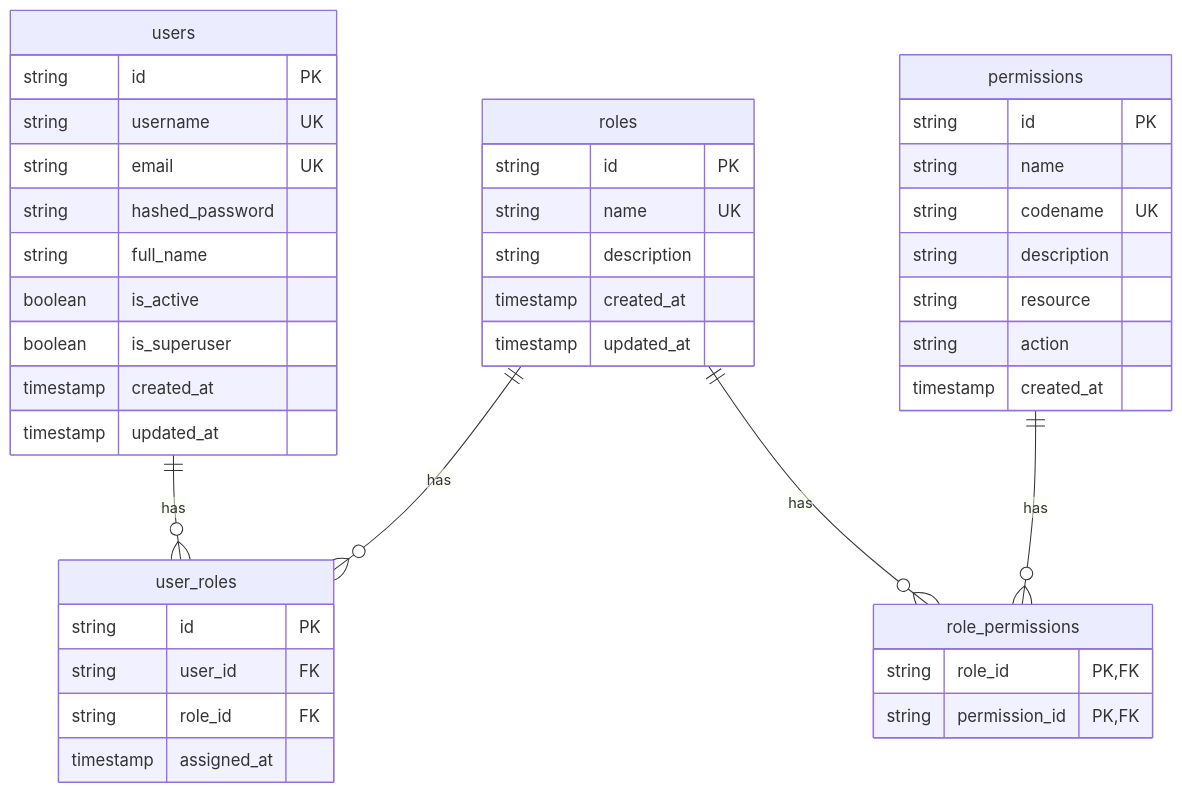
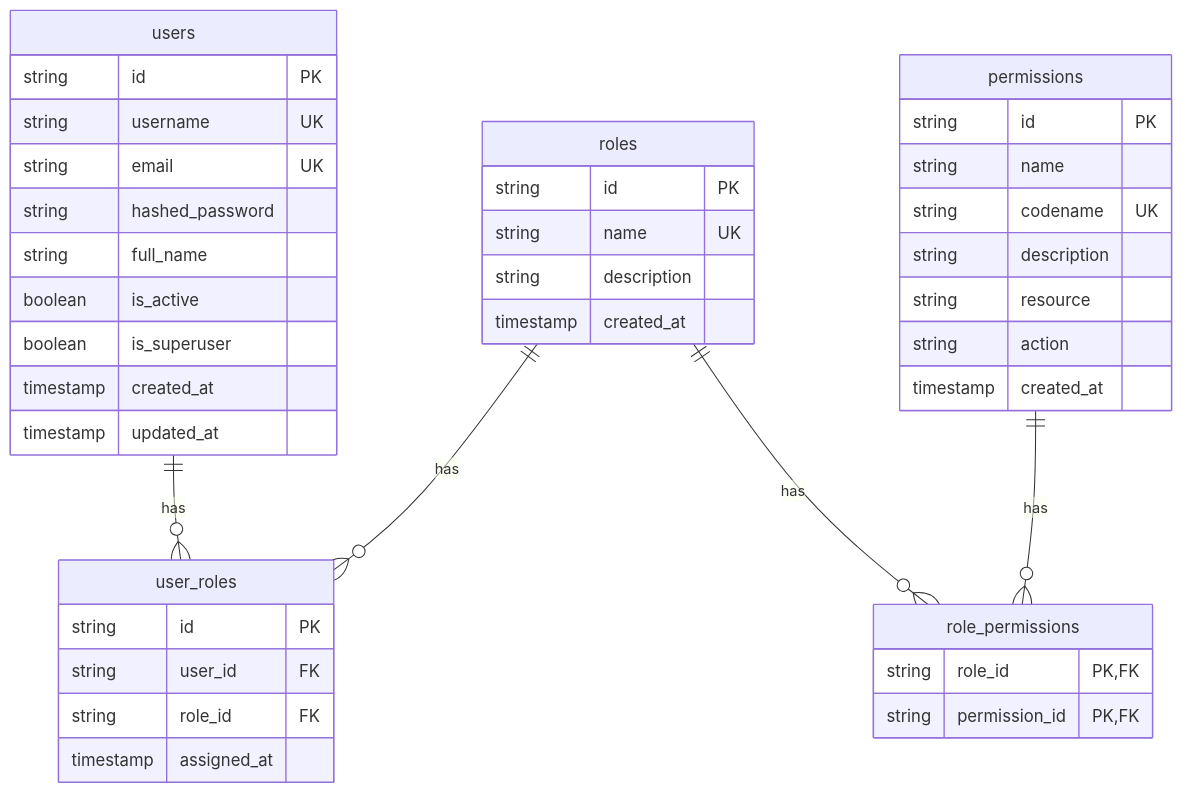
One commit to taoweidong/Hello-FastApi changed the seventh of 8 diagrams in .qoder/repowiki/zh/content/数据模型设计/RBAC实体模型.md. Above: the diagram before and after it, drawn with Mermaid. The commit also changed other lines of this file and 11 other files, not shown here.

````diff
--- a/.qoder/repowiki/zh/content/数据模型设计/RBAC实体模型.md
+++ b/.qoder/repowiki/zh/content/数据模型设计/RBAC实体模型.md
@@ -369,44 +367,43 @@
 ```mermaid
 erDiagram
 users {
 string id PK
 string username UK
 string email UK
 string hashed_password
 string full_name
 boolean is_active
 boolean is_superuser
 timestamp created_at
 timestamp updated_at
 }
 roles {
 string id PK
 string name UK
 string description
 timestamp created_at
-timestamp updated_at
 }
 permissions {
 string id PK
 string name
 string codename UK
 string description
 string resource
 string action
 timestamp created_at
 }
 user_roles {
 string id PK
 string user_id FK
 string role_id FK
 timestamp assigned_at
 }
 role_permissions {
 string role_id PK,FK
 string permission_id PK,FK
 }
 users ||--o{ user_roles : has
 roles ||--o{ user_roles : has
 roles ||--o{ role_permissions : has
 permissions ||--o{ role_permissions : has
 ```
````
